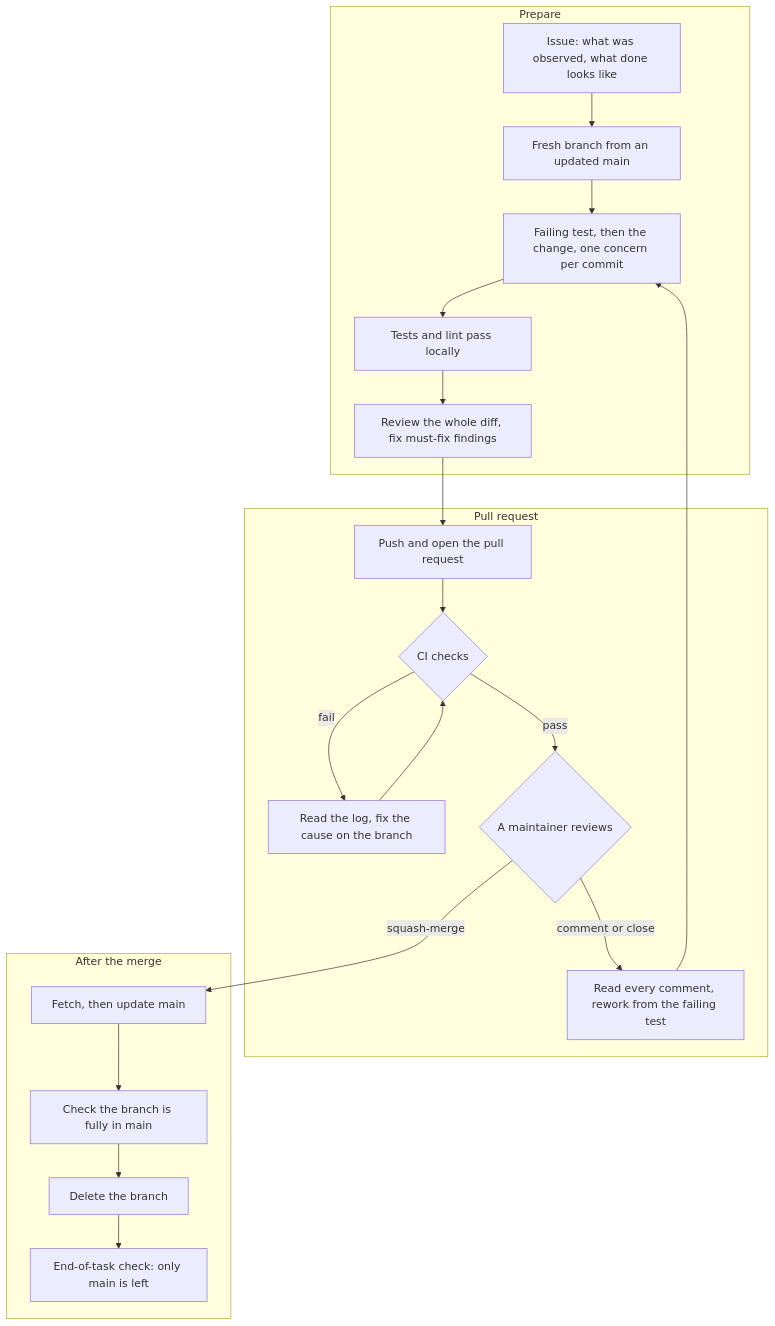
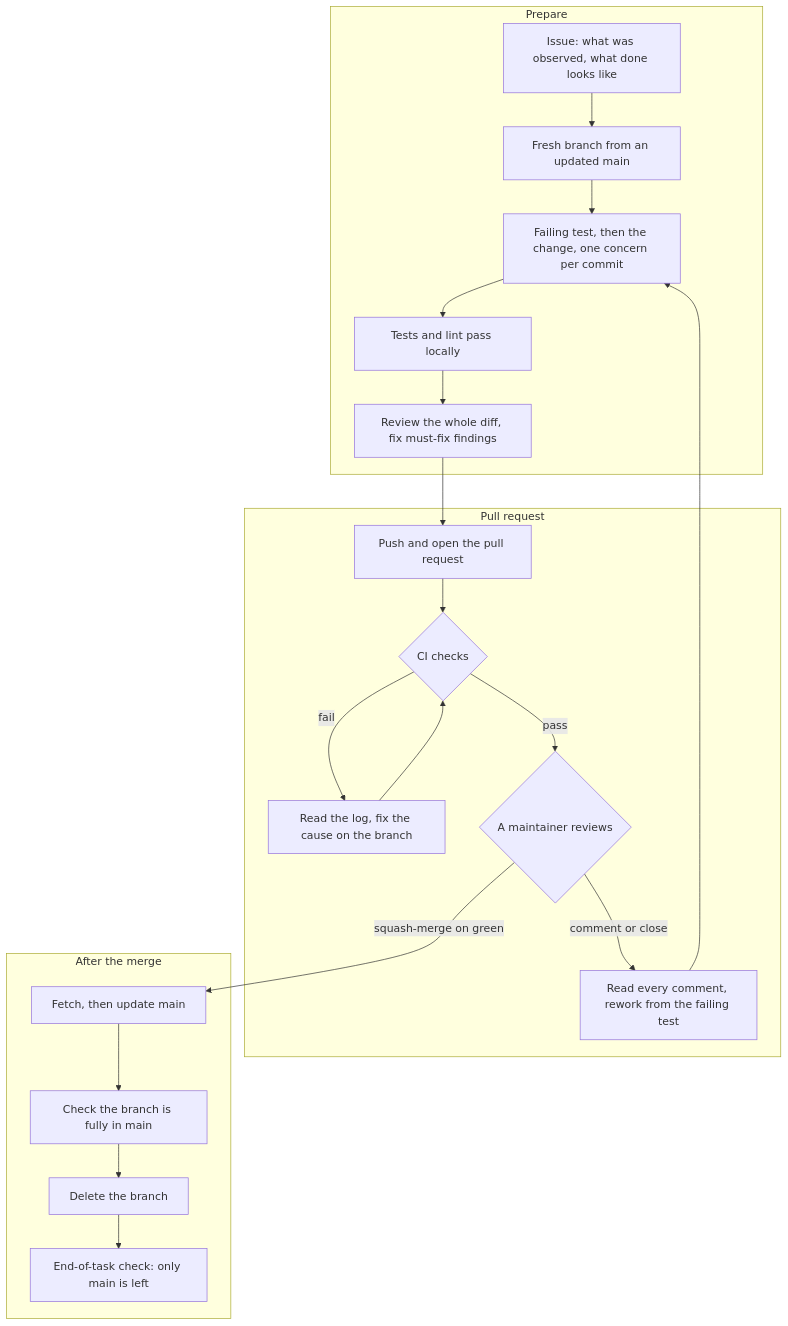
One commit to andrewalhaj/Custom-Hermes-Agent-Final changed the diagram in CONTRIBUTING.md. Above: the diagram before and after it, drawn with Mermaid. The commit also changed other lines of this file and 2 other files, not shown here.

Commit message:
docs: split the guide into rules, architecture and operations (#7)

````diff
--- a/CONTRIBUTING.md
+++ b/CONTRIBUTING.md
@@ -401,24 +101,24 @@
 ```mermaid
 flowchart TD
   subgraph P["Prepare"]
     A["Issue: what was observed, what done looks like"] --> B["Fresh branch from an updated main"]
     B --> C["Failing test, then the change, one concern per commit"]
     C --> D["Tests and lint pass locally"]
     D --> E["Review the whole diff, fix must-fix findings"]
   end
   subgraph Q["Pull request"]
     E --> F["Push and open the pull request"]
     F --> G{"CI checks"}
     G -- fail --> H["Read the log, fix the cause on the branch"]
     H --> G
     G -- pass --> I{"A maintainer reviews"}
     I -- comment or close --> J["Read every comment, rework from the failing test"]
     J --> C
   end
   subgraph R["After the merge"]
-    I -- squash-merge --> K["Fetch, then update main"]
+    I -- squash-merge on green --> K["Fetch, then update main"]
     K --> L["Check the branch is fully in main"]
     L --> M["Delete the branch"]
     M --> N["End-of-task check: only main is left"]
   end
 ```
````
